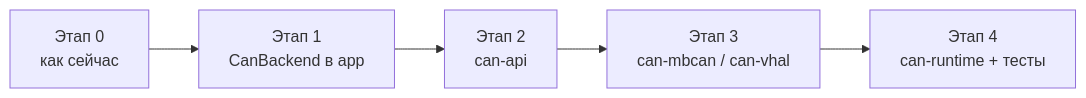
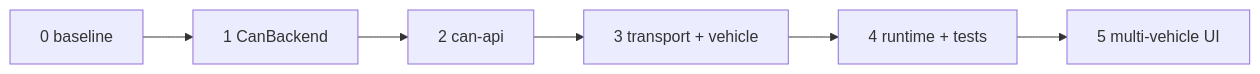
Before and after one commit to volgunov-ad/TBox: the second of 2 diagrams in docs/CAN_BACKEND_REFACTOR_PLAN.md, drawn with Mermaid. The commit also changed other lines of this file, not shown here.

Commit message:
docs: extend CAN refactor plan for multi-vehicle backends

````diff
--- a/docs/CAN_BACKEND_REFACTOR_PLAN.md
+++ b/docs/CAN_BACKEND_REFACTOR_PLAN.md
@@ -21,9 +96,10 @@
 ```mermaid
 flowchart LR
-    E0[Этап 0<br/>как сейчас]
-    E1[Этап 1<br/>CanBackend в app]
-    E2[Этап 2<br/>can-api]
-    E3[Этап 3<br/>can-mbcan / can-vhal]
-    E4[Этап 4<br/>can-runtime + тесты]
-    E0 --> E1 --> E2 --> E3 --> E4
+    E0[0 baseline]
+    E1[1 CanBackend]
+    E2[2 can-api]
+    E3[3 transport + vehicle]
+    E4[4 runtime + tests]
+    E5[5 multi-vehicle UI]
+    E0 --> E1 --> E2 --> E3 --> E4 --> E5
 ```
````
